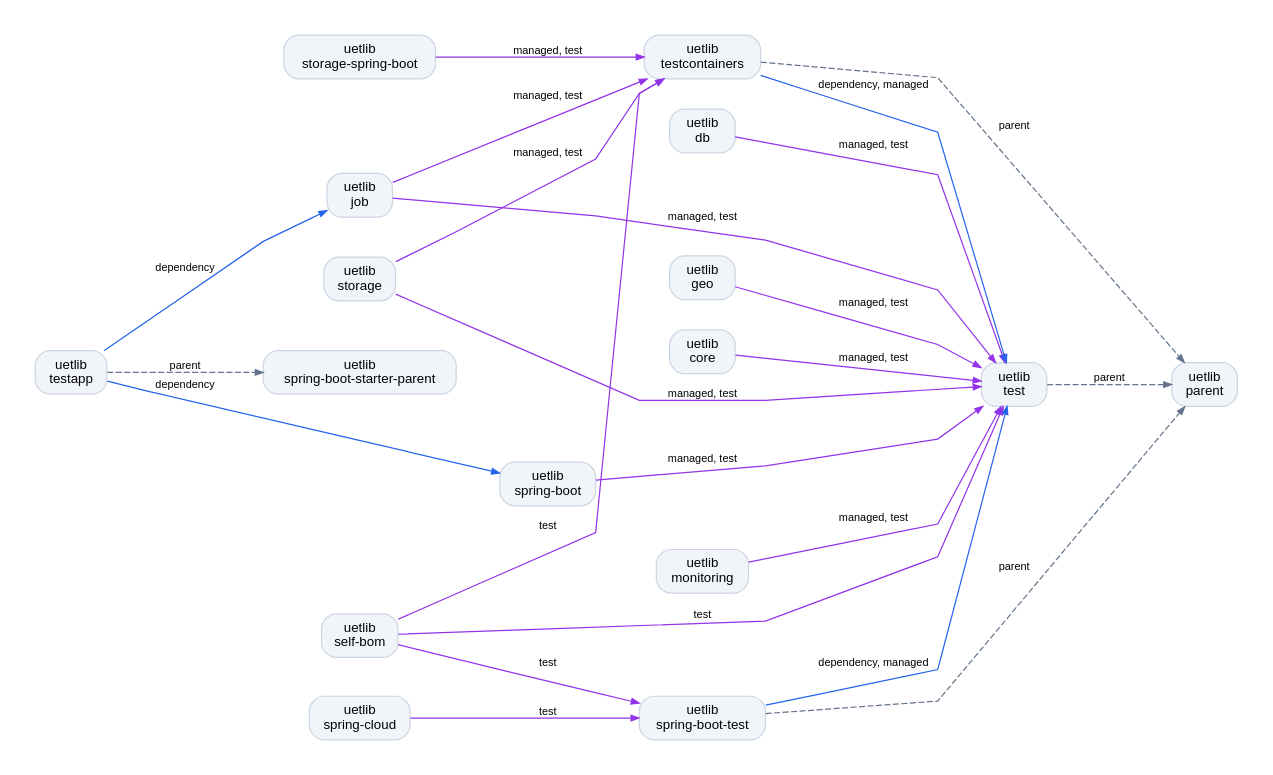
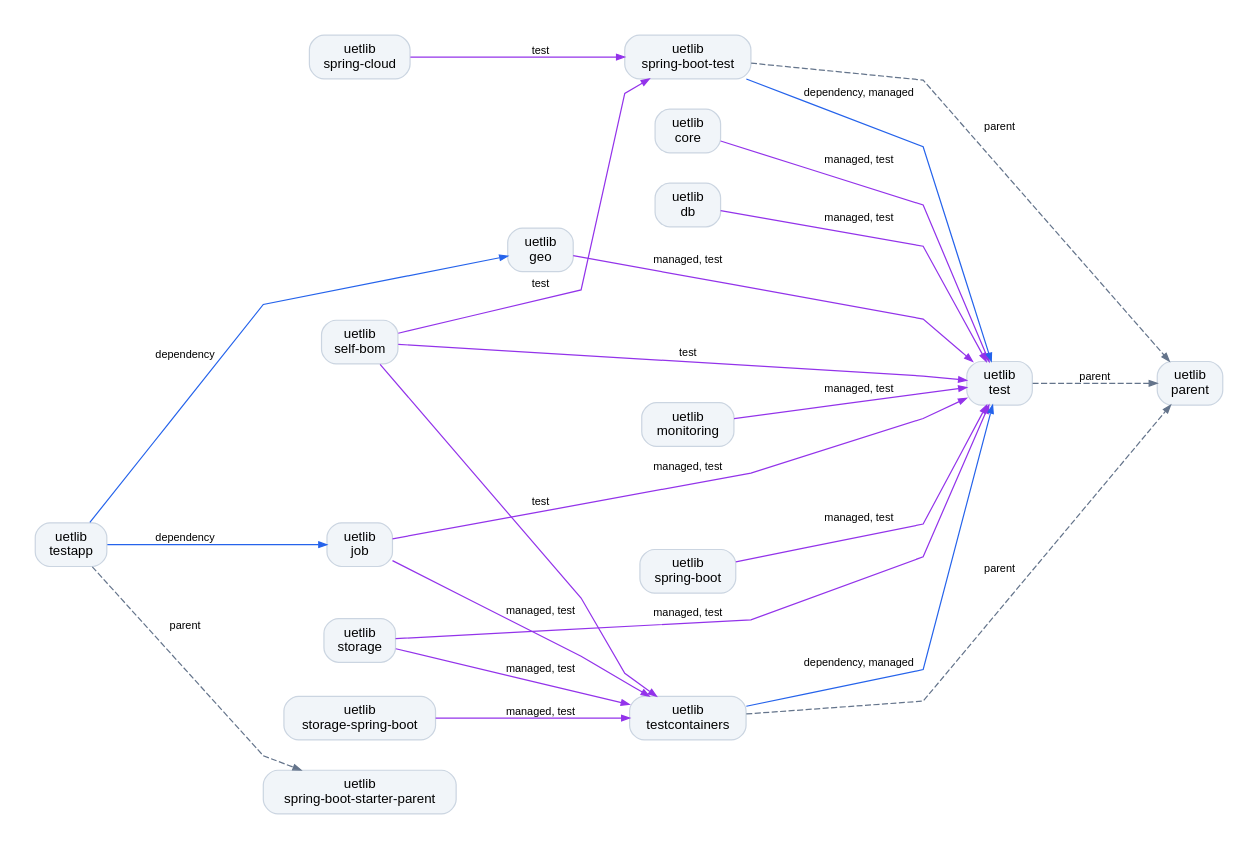
One commit to UbiqueInnovation/uetlib changed the diagram in graph-test.dot. Above: the diagram before and after it, drawn with Graphviz. The commit also changed 8 other files, not shown here.

Commit message:
Update dependency graphs and release workflow documentation

```diff
--- a/graph-test.dot
+++ b/graph-test.dot
@@ -1,45 +1,45 @@
 // Generated by scripts/update_graphs.py from sibling Maven POMs.
 // Arrows point from a repository to the repository/artifact it references.
 digraph G {
     graph [rankdir=LR, bgcolor="white", pad="0.3", nodesep="0.35", ranksep="1.0", splines=polyline];
     node [shape=box, style="rounded,filled", fillcolor="#f1f5f9", color="#cbd5e1", fontname="Helvetica", fontsize=11];
     edge [fontname="Helvetica", fontsize=9, arrowsize=0.65];
     "uetlib-core" [label="uetlib\ncore", URL="https://github.com/UbiqueInnovation/uetlib-core", target="_top", tooltip="uetlib-core"];
     "uetlib-db" [label="uetlib\ndb", URL="https://github.com/UbiqueInnovation/uetlib-db", target="_top", tooltip="uetlib-db"];
     "uetlib-geo" [label="uetlib\ngeo", URL="https://github.com/UbiqueInnovation/uetlib-geo", target="_top", tooltip="uetlib-geo"];
     "uetlib-job" [label="uetlib\njob", URL="https://github.com/UbiqueInnovation/uetlib-job", target="_top", tooltip="uetlib-job"];
     "uetlib-monitoring" [label="uetlib\nmonitoring", URL="https://github.com/UbiqueInnovation/uetlib-monitoring", target="_top", tooltip="uetlib-monitoring"];
     "uetlib-parent" [label="uetlib\nparent", URL="https://github.com/UbiqueInnovation/uetlib-parent", target="_top", tooltip="uetlib-parent"];
     "uetlib-self-bom" [label="uetlib\nself-bom", URL="https://github.com/UbiqueInnovation/uetlib-self-bom", target="_top", tooltip="uetlib-self-bom"];
     "uetlib-spring-boot" [label="uetlib\nspring-boot", URL="https://github.com/UbiqueInnovation/uetlib-spring-boot", target="_top", tooltip="uetlib-spring-boot"];
     "uetlib-spring-boot-starter-parent" [label="uetlib\nspring-boot-starter-parent", URL="https://github.com/UbiqueInnovation/uetlib-spring-boot-starter-parent", target="_top", tooltip="uetlib-spring-boot-starter-parent"];
     "uetlib-spring-boot-test" [label="uetlib\nspring-boot-test", URL="https://github.com/UbiqueInnovation/uetlib-spring-boot-test", target="_top", tooltip="uetlib-spring-boot-test"];
     "uetlib-spring-cloud" [label="uetlib\nspring-cloud", URL="https://github.com/UbiqueInnovation/uetlib-spring-cloud", target="_top", tooltip="uetlib-spring-cloud"];
     "uetlib-storage" [label="uetlib\nstorage", URL="https://github.com/UbiqueInnovation/uetlib-storage", target="_top", tooltip="uetlib-storage"];
     "uetlib-storage-spring-boot" [label="uetlib\nstorage-spring-boot", URL="https://github.com/UbiqueInnovation/uetlib-storage-spring-boot", target="_top", tooltip="uetlib-storage-spring-boot"];
     "uetlib-test" [label="uetlib\ntest", URL="https://github.com/UbiqueInnovation/uetlib-test", target="_top", tooltip="uetlib-test"];
     "uetlib-testapp" [label="uetlib\ntestapp", URL="https://github.com/UbiqueInnovation/uetlib-testapp", target="_top", tooltip="uetlib-testapp"];
     "uetlib-testcontainers" [label="uetlib\ntestcontainers", URL="https://github.com/UbiqueInnovation/uetlib-testcontainers", target="_top", tooltip="uetlib-testcontainers"];
     "uetlib-core" -> "uetlib-test" [label="managed, test", color="#9333ea", tooltip="uetlib-core → uetlib-test\nuetlib-core → uetlib-test"];
     "uetlib-db" -> "uetlib-test" [label="managed, test", color="#9333ea", tooltip="uetlib-db → uetlib-test\nuetlib-db → uetlib-test"];
     "uetlib-geo" -> "uetlib-test" [label="managed, test", color="#9333ea", tooltip="uetlib-geo-parent → uetlib-test\nuetlib-geo-parent → uetlib-test"];
     "uetlib-job" -> "uetlib-test" [label="managed, test", color="#9333ea", tooltip="uetlib-job → uetlib-test\nuetlib-job → uetlib-test"];
     "uetlib-job" -> "uetlib-testcontainers" [label="managed, test", color="#9333ea", tooltip="uetlib-job → uetlib-testcontainers-mariadb\nuetlib-job → uetlib-testcontainers-mariadb\nuetlib-job → uetlib-testcontainers-mysql\nuetlib-job → uetlib-testcontainers-mysql\nuetlib-job → uetlib-testcontainers-postgresql\nuetlib-job → uetlib-testcontainers-postgresql"];
     "uetlib-monitoring" -> "uetlib-test" [label="managed, test", color="#9333ea", tooltip="uetlib-monitoring → uetlib-test\nuetlib-monitoring → uetlib-test"];
     "uetlib-self-bom" -> "uetlib-spring-boot-test" [label="test", color="#9333ea", tooltip="uetlib-self-bom → uetlib-spring-boot-test"];
     "uetlib-self-bom" -> "uetlib-test" [label="test", color="#9333ea", tooltip="uetlib-self-bom → uetlib-test"];
     "uetlib-self-bom" -> "uetlib-testcontainers" [label="test", color="#9333ea", tooltip="uetlib-self-bom → uetlib-testcontainers\nuetlib-self-bom → uetlib-testcontainers-influxdb\nuetlib-self-bom → uetlib-testcontainers-kafka\nuetlib-self-bom → uetlib-testcontainers-mariadb\nuetlib-self-bom → uetlib-testcontainers-mongodb\nuetlib-self-bom → uetlib-testcontainers-mysql\nuetlib-self-bom → uetlib-testcontainers-postgresql\nuetlib-self-bom → uetlib-testcontainers-redis"];
     "uetlib-spring-boot" -> "uetlib-test" [label="managed, test", color="#9333ea", tooltip="uetlib-spring-boot-parent → uetlib-test\nuetlib-spring-boot-parent → uetlib-test"];
     "uetlib-spring-boot-test" -> "uetlib-parent" [label="parent", color="#64748b", tooltip="uetlib-spring-boot-test → uetlib-parent", style="dashed"];
     "uetlib-spring-boot-test" -> "uetlib-test" [label="dependency, managed", color="#2563eb", tooltip="uetlib-spring-boot-test → uetlib-test\nuetlib-spring-boot-test → uetlib-test"];
     "uetlib-spring-cloud" -> "uetlib-spring-boot-test" [label="test", color="#9333ea", tooltip="uetlib-spring-cloud-parent → uetlib-spring-boot-test"];
     "uetlib-storage" -> "uetlib-test" [label="managed, test", color="#9333ea", tooltip="uetlib-storage → uetlib-test\nuetlib-storage → uetlib-test"];
     "uetlib-storage" -> "uetlib-testcontainers" [label="managed, test", color="#9333ea", tooltip="uetlib-storage → uetlib-testcontainers\nuetlib-storage → uetlib-testcontainers"];
     "uetlib-storage-spring-boot" -> "uetlib-testcontainers" [label="managed, test", color="#9333ea", tooltip="uetlib-storage-spring-boot → uetlib-testcontainers-postgresql\nuetlib-storage-spring-boot → uetlib-testcontainers-postgresql"];
     "uetlib-test" -> "uetlib-parent" [label="parent", color="#64748b", tooltip="uetlib-test → uetlib-parent", style="dashed"];
+    "uetlib-testapp" -> "uetlib-geo" [label="dependency", color="#2563eb", tooltip="uetlib-testapp → uetlib-geo-spring-boot"];
     "uetlib-testapp" -> "uetlib-job" [label="dependency", color="#2563eb", tooltip="uetlib-testapp → uetlib-job"];
-    "uetlib-testapp" -> "uetlib-spring-boot" [label="dependency", color="#2563eb", tooltip="uetlib-testapp → uetlib-spring-boot-geo"];
     "uetlib-testapp" -> "uetlib-spring-boot-starter-parent" [label="parent", color="#64748b", tooltip="uetlib-testapp → uetlib-spring-boot-starter-parent", style="dashed"];
     "uetlib-testcontainers" -> "uetlib-parent" [label="parent", color="#64748b", tooltip="uetlib-testcontainers-parent → uetlib-parent", style="dashed"];
     "uetlib-testcontainers" -> "uetlib-test" [label="dependency, managed", color="#2563eb", tooltip="uetlib-testcontainers-parent → uetlib-test\nuetlib-testcontainers-parent → uetlib-test"];
 }
```
